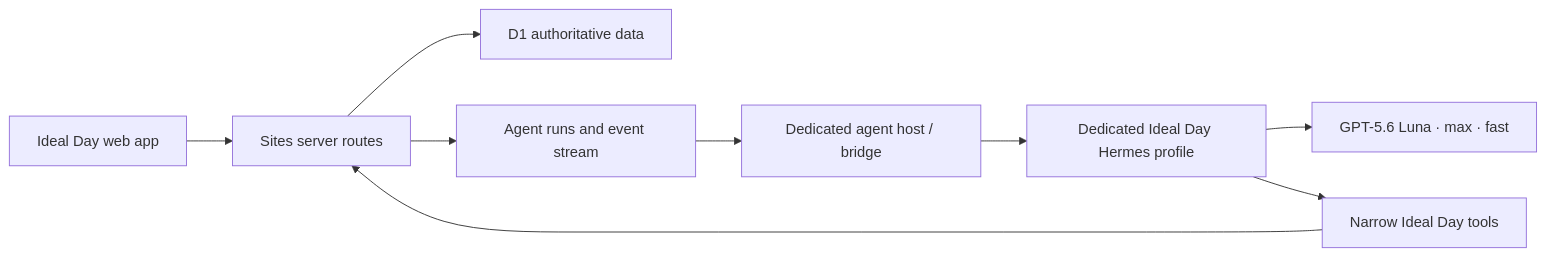
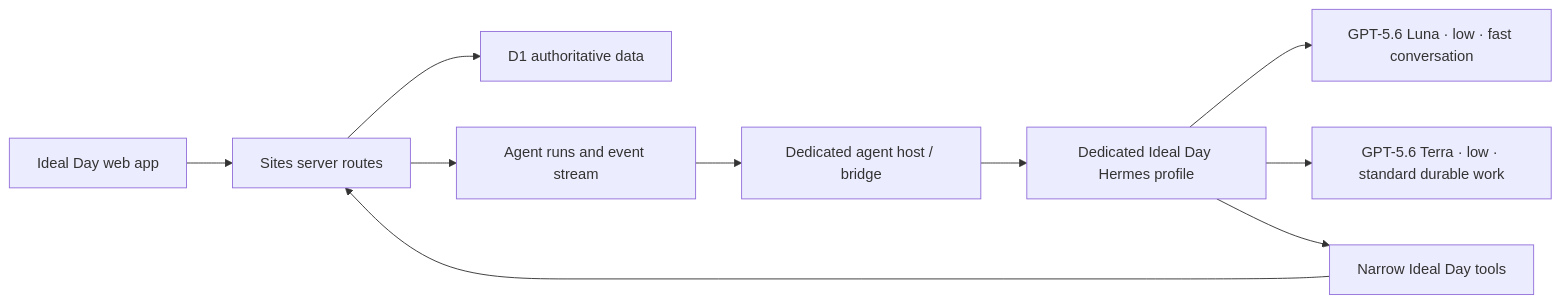
Before and after one commit to DarrenRM/ideal-day-planner: the diagram in PRODUCT_SPEC.md, drawn with Mermaid. The commit also changed other lines of this file and 17 other files, not shown here.

````diff
--- a/PRODUCT_SPEC.md
+++ b/PRODUCT_SPEC.md
@@ -414,11 +416,12 @@
 ```mermaid
 flowchart LR
     UI["Ideal Day web app"] --> APP["Sites server routes"]
     APP --> DB["D1 authoritative data"]
     APP --> JOBS["Agent runs and event stream"]
     JOBS --> BRIDGE["Dedicated agent host / bridge"]
     BRIDGE --> HERMES["Dedicated Ideal Day Hermes profile"]
-    HERMES --> LUNA["GPT-5.6 Luna · max · fast"]
+    HERMES --> LUNA["GPT-5.6 Luna · low · fast conversation"]
+    HERMES --> TERRA["GPT-5.6 Terra · low · standard durable work"]
     HERMES --> TOOLS["Narrow Ideal Day tools"]
     TOOLS --> APP
 ```
````
